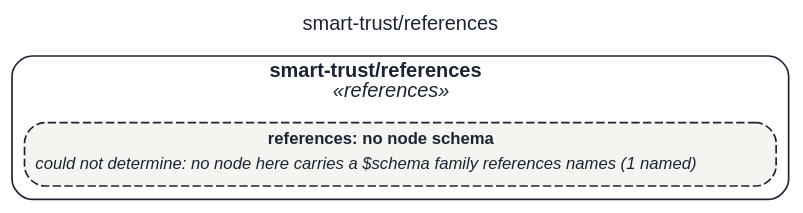
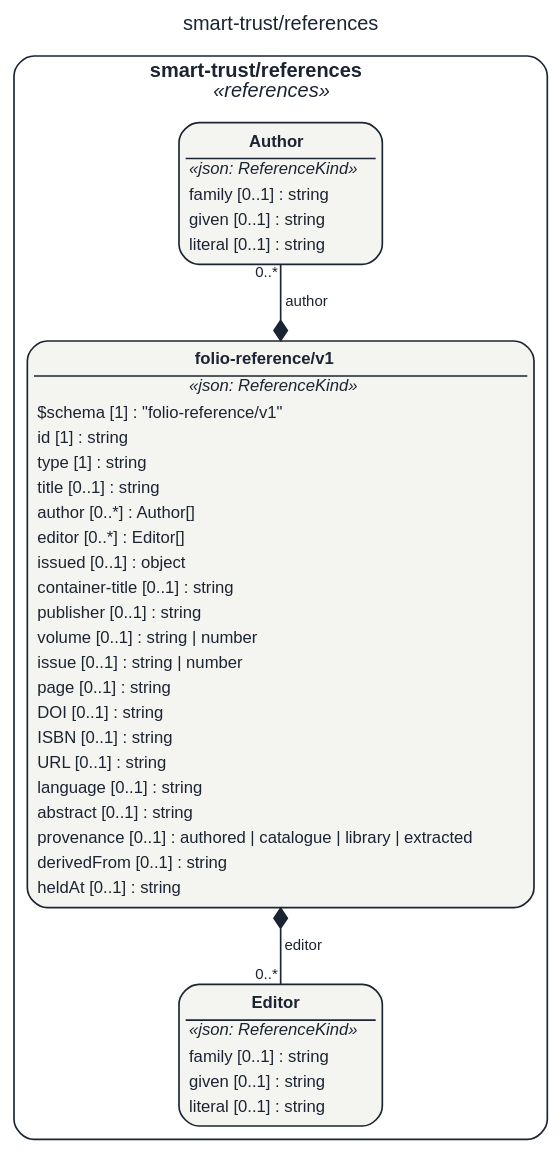
Before and after one commit to litlfred/folio-assistant: the diagram in STAGING/repin-train-20261102-0639/assets/img/uml/overview/smart-trust/references.dot, drawn with Graphviz. The commit also changed 15150 other files, not shown here.

```diff
--- a/STAGING/repin-train-20261102-0639/assets/img/uml/overview/smart-trust/references.dot
+++ b/STAGING/repin-train-20261102-0639/assets/img/uml/overview/smart-trust/references.dot
@@ -1,11 +1,16 @@
 // GENERATED by cat-harness-tools/scripts/gen-uml-overview.ts — do not edit.
 // Rendered page (interactive view, same model): https://litlfred.github.io/folio-assistant/uml/overview/smart-trust/references.html
 digraph "smart_trust_references" {
   graph [label="smart-trust/references", labelloc=t, fontname="Helvetica", fontsize=12, fontcolor="#1b2432", newrank=true, ratio=auto, nodesep=0.3, ranksep=0.5, bgcolor="transparent"];
   node [shape=box, style="rounded,filled", margin=0.05, fontname="Helvetica", fontsize=10, color="#1b2432", fontcolor="#1b2432"];
   edge [color="#1b2432", fontcolor="#1b2432", fontname="Helvetica", fontsize=9];
   subgraph "cluster_pkg_smart_trust_references" {
     label=<<b>smart-trust/references</b><br/><i>«references»</i>>; style="rounded"; color="#1b2432"; class="fa_uml_subgraph";
-    "n_smart_trust_references_references" [style="rounded,filled,dashed", fillcolor="#f4f4f1", class="fa_uml_kind_references fa_uml_undetermined", label=<<table border="0" cellborder="0" cellspacing="0" cellpadding="2"><tr><td><b>references: no node schema</b></td></tr><tr><td align="left"><i>could not determine: no node here carries a $schema family references names (1 named)</i></td></tr></table>>];
+    "smart_trust_references_folio_reference_v1_Author" [fillcolor="#f4f4f1", class="fa_uml_kind_references", label=<<table border="0" cellborder="0" cellspacing="0" cellpadding="2"><tr><td border="1" sides="b"><b>Author</b></td></tr><tr><td><i>«json: ReferenceKind»</i></td></tr><tr><td align="left">family [0..1] : string</td></tr><tr><td align="left">given [0..1] : string</td></tr><tr><td align="left">literal [0..1] : string</td></tr></table>>];
+    "smart_trust_references_folio_reference_v1_Editor" [fillcolor="#f4f4f1", class="fa_uml_kind_references", label=<<table border="0" cellborder="0" cellspacing="0" cellpadding="2"><tr><td border="1" sides="b"><b>Editor</b></td></tr><tr><td><i>«json: ReferenceKind»</i></td></tr><tr><td align="left">family [0..1] : string</td></tr><tr><td align="left">given [0..1] : string</td></tr><tr><td align="left">literal [0..1] : string</td></tr></table>>];
+    "smart_trust_references_folio_reference_v1_folio_reference_v1" [fillcolor="#f4f4f1", class="fa_uml_kind_references", label=<<table border="0" cellborder="0" cellspacing="0" cellpadding="2"><tr><td border="1" sides="b"><b>folio-reference/v1</b></td></tr><tr><td><i>«json: ReferenceKind»</i></td></tr><tr><td align="left">$schema [1] : &quot;folio-reference/v1&quot;</td></tr><tr><td align="left">id [1] : string</td></tr><tr><td align="left">type [1] : string</td></tr><tr><td align="left">title [0..1] : string</td></tr><tr><td align="left">author [0..*] : Author[]</td></tr><tr><td align="left">editor [0..*] : Editor[]</td></tr><tr><td align="left">issued [0..1] : object</td></tr><tr><td align="left">container-title [0..1] : string</td></tr><tr><td align="left">publisher [0..1] : string</td></tr><tr><td align="left">volume [0..1] : string | number</td></tr><tr><td align="left">issue [0..1] : string | number</td></tr><tr><td align="left">page [0..1] : string</td></tr><tr><td align="left">DOI [0..1] : string</td></tr><tr><td align="left">ISBN [0..1] : string</td></tr><tr><td align="left">URL [0..1] : string</td></tr><tr><td align="left">language [0..1] : string</td></tr><tr><td align="left">abstract [0..1] : string</td></tr><tr><td align="left">provenance [0..1] : authored | catalogue | library | extracted</td></tr><tr><td align="left">derivedFrom [0..1] : string</td></tr><tr><td align="left">heldAt [0..1] : string</td></tr></table>>];
   }
+  "smart_trust_references_folio_reference_v1_folio_reference_v1" -> "smart_trust_references_folio_reference_v1_Author" [dir=both, arrowtail=diamond, arrowhead=none, label="author", headlabel="0..*", class="fa_uml_composition"];
+  "smart_trust_references_folio_reference_v1_folio_reference_v1" -> "smart_trust_references_folio_reference_v1_Editor" [dir=both, arrowtail=diamond, arrowhead=none, label="editor", headlabel="0..*", class="fa_uml_composition"];
+  "smart_trust_references_folio_reference_v1_Author" -> "smart_trust_references_folio_reference_v1_folio_reference_v1" [style=invis, class="kg-graph-anchor"];
 }
```
